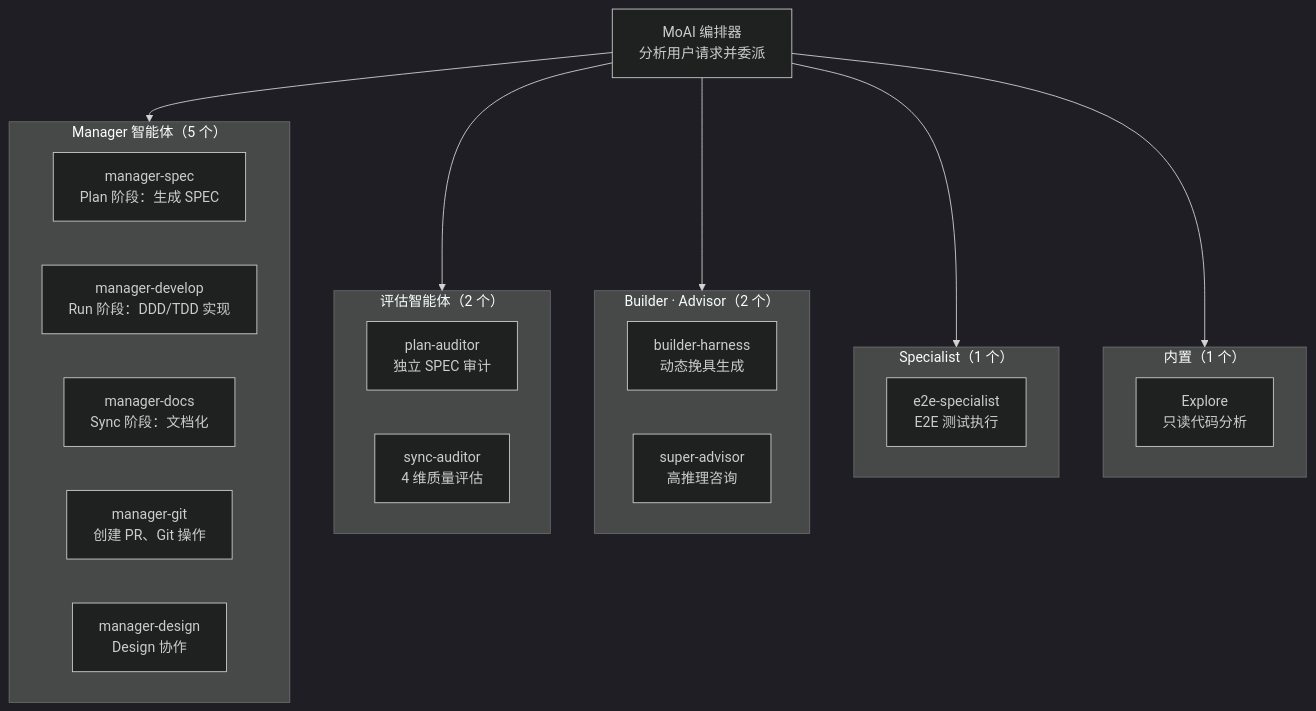
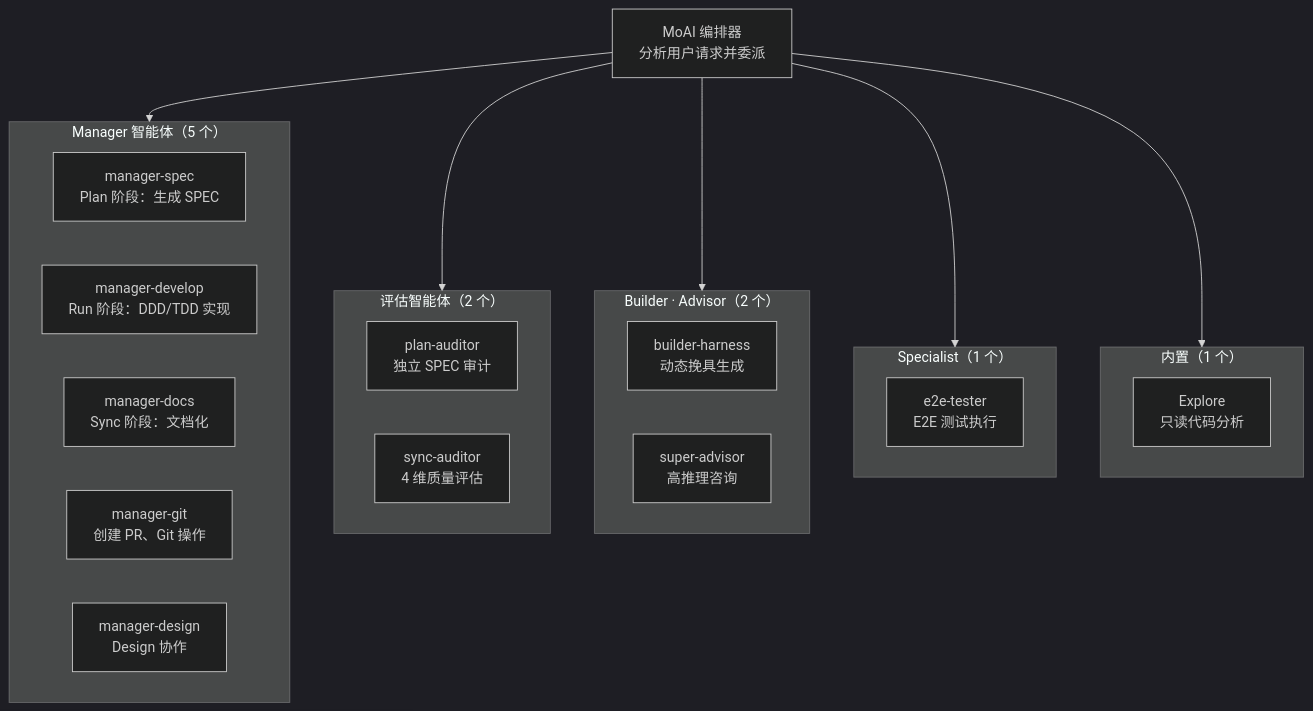
Before and after one commit to modu-ai/moai-adk: the third of 5 diagrams in docs-site/content/zh/core-concepts/what-is-moai-adk.md, drawn with Mermaid (dark theme). The commit also changed other lines of this file and 72 other files, not shown here.

First line of the commit message:
refactor: rename e2e-specialist agent → e2e-tester

````diff
--- a/docs-site/content/zh/core-concepts/what-is-moai-adk.md
+++ b/docs-site/content/zh/core-concepts/what-is-moai-adk.md
@@ -275,36 +275,36 @@
 ```mermaid
 flowchart TD
     MoAI["MoAI 编排器\n分析用户请求并委派"]
 
     subgraph Managers["Manager 智能体（5 个）"]
         M1["manager-spec\nPlan 阶段：生成 SPEC"]
         M2["manager-develop\nRun 阶段：DDD/TDD 实现"]
         M3["manager-docs\nSync 阶段：文档化"]
         M4["manager-git\n创建 PR、Git 操作"]
         M5["manager-design\nDesign 协作"]
     end
 
     subgraph Evaluators["评估智能体（2 个）"]
         E1["plan-auditor\n独立 SPEC 审计"]
         E2["sync-auditor\n4 维质量评估"]
     end
 
     subgraph BuilderAdvisor["Builder · Advisor（2 个）"]
         B1["builder-harness\n动态挽具生成"]
         B2["super-advisor\n高推理咨询"]
     end
 
     subgraph Specialist["Specialist（1 个）"]
-        S1["e2e-specialist\nE2E 测试执行"]
+        S1["e2e-tester\nE2E 测试执行"]
     end
 
     subgraph Explore["内置（1 个）"]
         X1["Explore\n只读代码分析"]
     end
 
     MoAI --> Managers
     MoAI --> Evaluators
     MoAI --> BuilderAdvisor
     MoAI --> Specialist
     MoAI --> Explore
 ```
````
